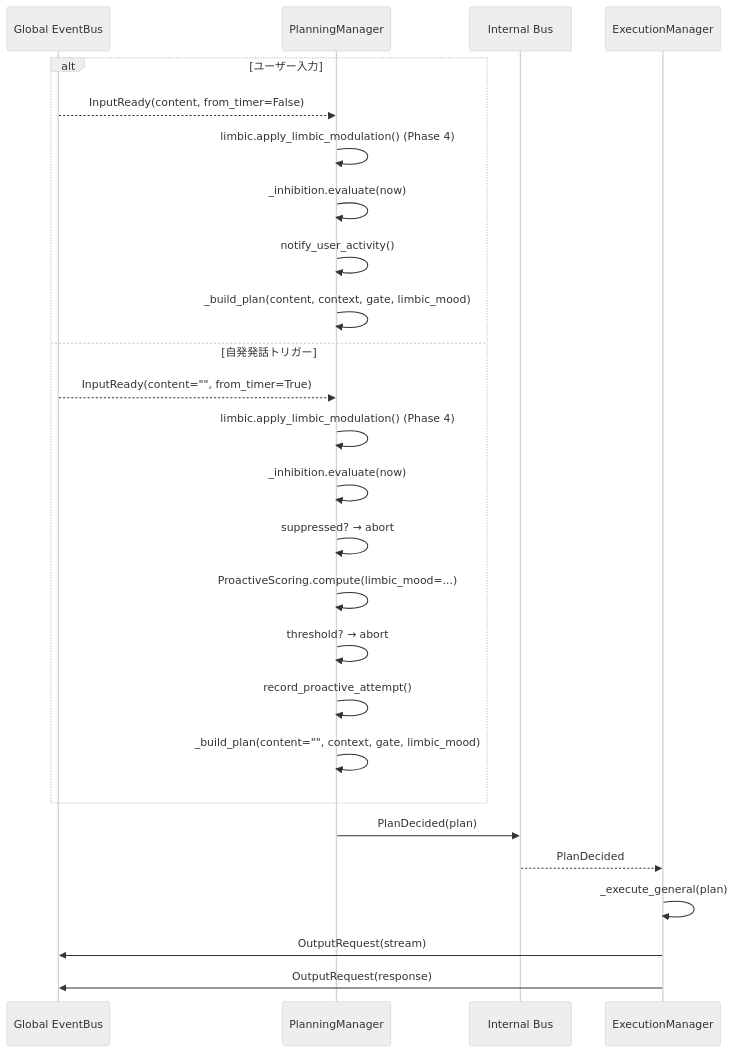
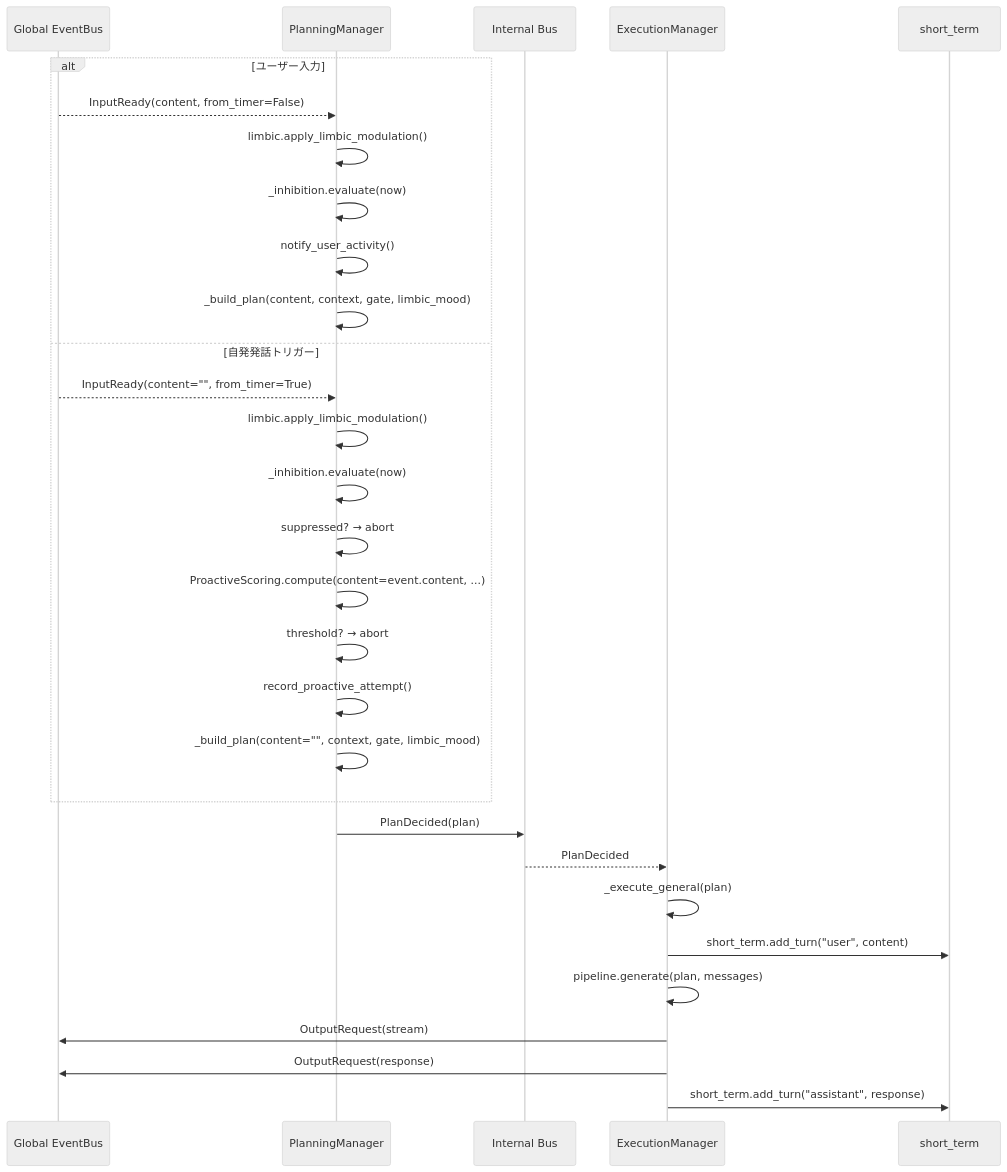
The first of 3 diagrams in docs/agency-layer.md (ibukani/iris-mind), drawn with Mermaid (neutral theme) before and after one commit. The commit also changed other lines of this file and 24 other files, not shown here.

First line of the commit message:
Refactor/memory architecture (#15)

````diff
--- a/docs/agency-layer.md
+++ b/docs/agency-layer.md
@@ -40,31 +40,35 @@
 ```mermaid
 sequenceDiagram
     participant EB as Global EventBus
     participant PL as PlanningManager
     participant IB as Internal Bus
     participant EX as ExecutionManager
+    participant STM as short_term
 
     alt ユーザー入力
         EB-->>PL: InputReady(content, from_timer=False)
-        PL->>PL: limbic.apply_limbic_modulation()  (Phase 4)
+        PL->>PL: limbic.apply_limbic_modulation()
         PL->>PL: _inhibition.evaluate(now)
         PL->>PL: notify_user_activity()
         PL->>PL: _build_plan(content, context, gate, limbic_mood)
     else 自発発話トリガー
         EB-->>PL: InputReady(content="", from_timer=True)
-        PL->>PL: limbic.apply_limbic_modulation()  (Phase 4)
+        PL->>PL: limbic.apply_limbic_modulation()
         PL->>PL: _inhibition.evaluate(now)
         PL->>PL: suppressed? → abort
-        PL->>PL: ProactiveScoring.compute(limbic_mood=...)
+        PL->>PL: ProactiveScoring.compute(content=event.content, ...)
         PL->>PL: threshold? → abort
         PL->>PL: record_proactive_attempt()
         PL->>PL: _build_plan(content="", context, gate, limbic_mood)
     end
 
     PL->>IB: PlanDecided(plan)
     IB-->>EX: PlanDecided
 
-    EX->>EX: _execute_general(plan)  # action分岐なし
+    EX->>EX: _execute_general(plan)
+    EX->>STM: short_term.add_turn("user", content)  # Plan決定後に追加
+    EX->>EX: pipeline.generate(plan, messages)
     EX->>EB: OutputRequest(stream)
     EX->>EB: OutputRequest(response)
+    EX->>STM: short_term.add_turn("assistant", response)
 ```
````
